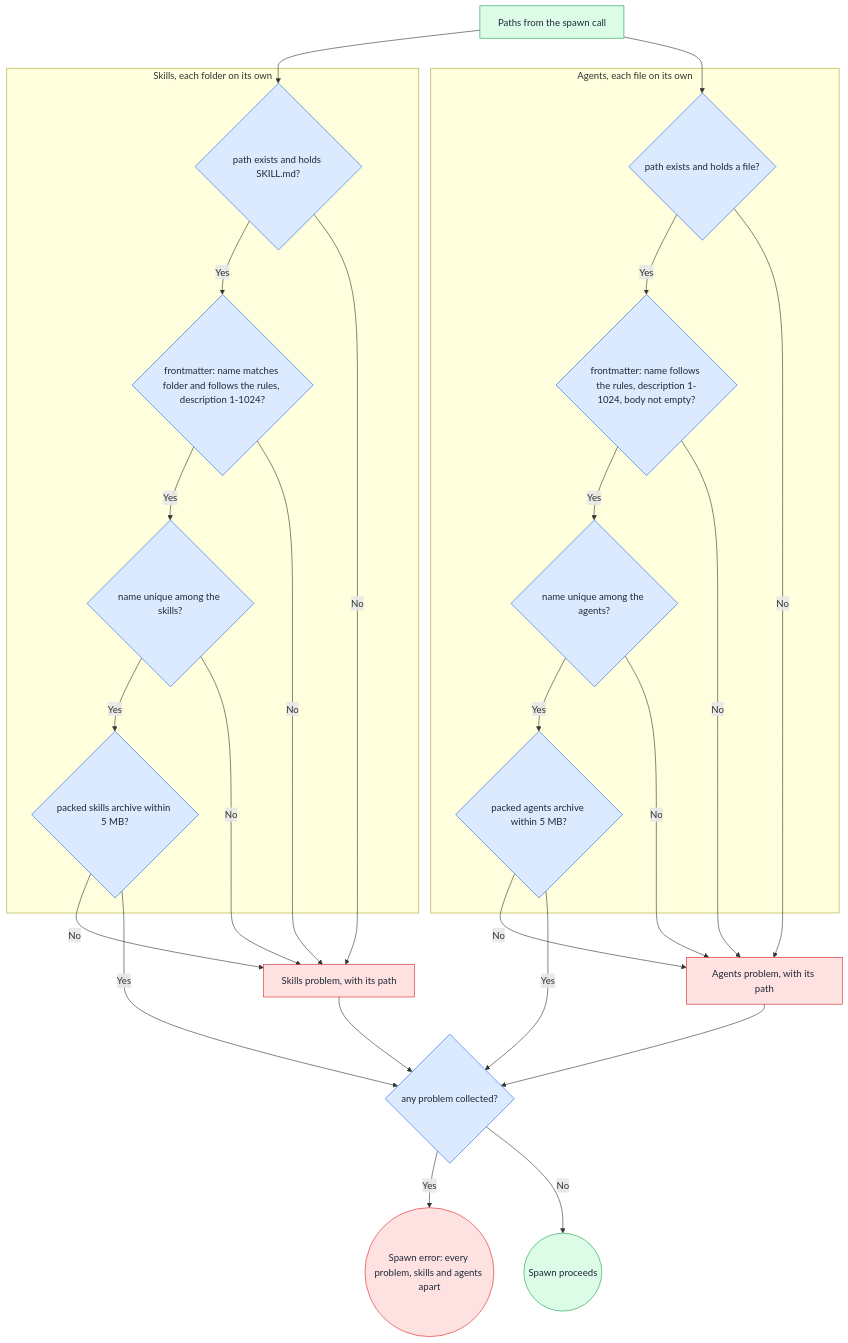
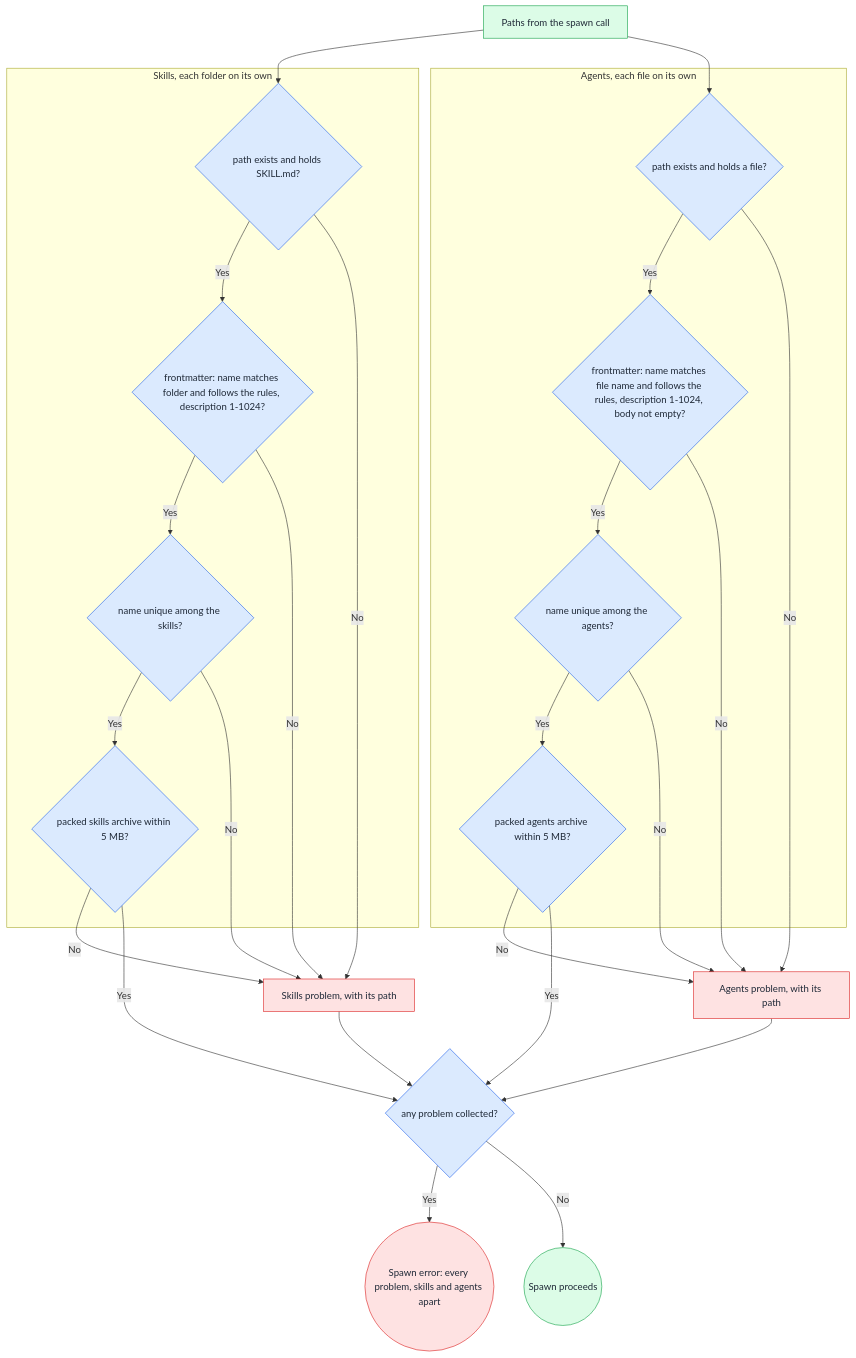
One commit to asermax/tentacles changed the fifth of 9 diagrams in docs/technical-design/sessions.md. Above: the diagram before and after it, drawn with Mermaid. The commit also changed other lines of this file and 3 other files, not shown here.

````diff
--- a/docs/technical-design/sessions.md
+++ b/docs/technical-design/sessions.md
@@ -245,28 +247,28 @@
 ```mermaid
 flowchart TD
     A["Paths from the spawn call"] --> SP & AP
     subgraph skills["Skills, each folder on its own"]
         SP{"path exists and holds SKILL.md?"} -->|Yes| SF{"frontmatter: name matches folder and follows the rules, description 1-1024?"}
         SF -->|Yes| SU{"name unique among the skills?"}
         SU -->|Yes| SZ{"packed skills archive within 5 MB?"}
     end
     subgraph agents["Agents, each file on its own"]
-        AP{"path exists and holds a file?"} -->|Yes| AF{"frontmatter: name follows the rules, description 1-1024, body not empty?"}
+        AP{"path exists and holds a file?"} -->|Yes| AF{"frontmatter: name matches file name and follows the rules, description 1-1024, body not empty?"}
         AF -->|Yes| AU{"name unique among the agents?"}
         AU -->|Yes| AZ{"packed agents archive within 5 MB?"}
     end
     SP & SF & SU & SZ -->|No| SE["Skills problem, with its path"]
     AP & AF & AU & AZ -->|No| AE["Agents problem, with its path"]
     SZ -->|Yes| J{"any problem collected?"}
     AZ -->|Yes| J
     SE --> J
     AE --> J
     J -->|Yes| N(("Spawn error: every problem, skills and agents apart"))
     J -->|No| O(("Spawn proceeds"))
     classDef green fill:#dcfce7,stroke:#16a34a,color:#1f2937
     classDef blue fill:#dbeafe,stroke:#2563eb,color:#1f2937
     classDef red fill:#fee2e2,stroke:#dc2626,color:#1f2937
     class A,O green
     class SP,SF,SU,SZ,AP,AF,AU,AZ,J blue
     class SE,AE,N red
 ```
````
